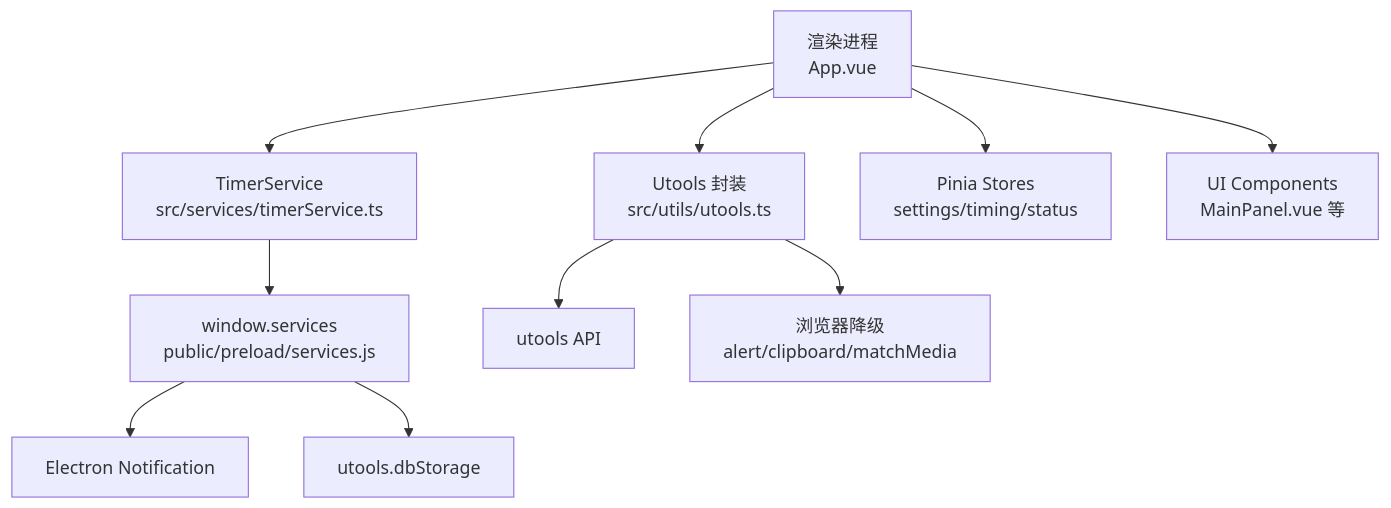
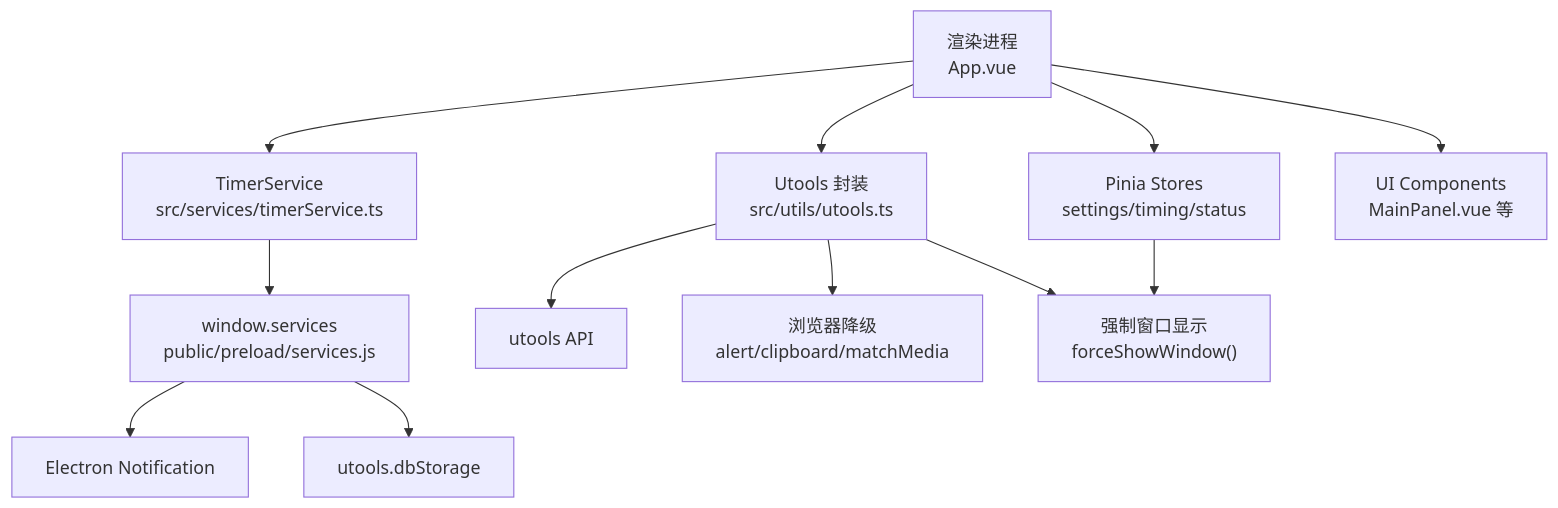
The second of 8 diagrams in .qoder/repowiki/zh/content/服务层设计/utools 集成服务.md (kqcoxn/utools-releax-tip), drawn with Mermaid before and after one commit. The commit also changed other lines of this file and 4 other files, not shown here.

````diff
--- a/.qoder/repowiki/zh/content/服务层设计/utools 集成服务.md
+++ b/.qoder/repowiki/zh/content/服务层设计/utools 集成服务.md
@@ -150,12 +150,14 @@
 ```mermaid
 graph TB
 R["渲染进程<br/>App.vue"] --> TS["TimerService<br/>src/services/timerService.ts"]
 TS --> WS["window.services<br/>public/preload/services.js"]
 WS --> E["Electron Notification"]
 WS --> UDB["utools.dbStorage"]
 R --> UT["Utools 封装<br/>src/utils/utools.ts"]
 UT --> UA["utools API"]
 UT --> BR["浏览器降级<br/>alert/clipboard/matchMedia"]
+UT --> FSW["强制窗口显示<br/>forceShowWindow()"]
 R --> ST["Pinia Stores<br/>settings/timing/status"]
 R --> UI["UI Components<br/>MainPanel.vue 等"]
+ST --> FSW
 ```
````
